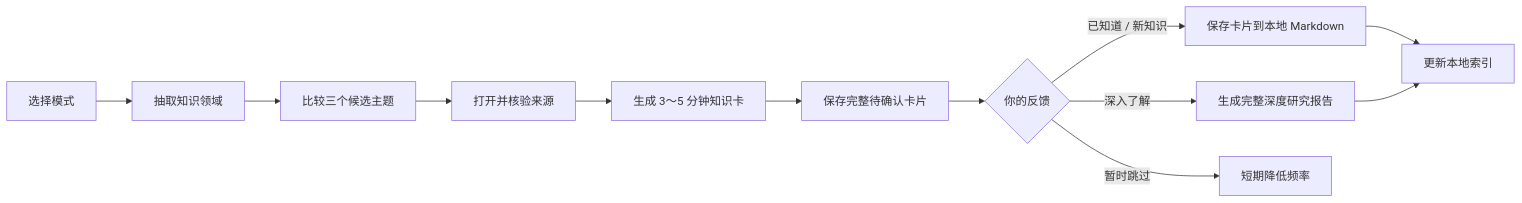
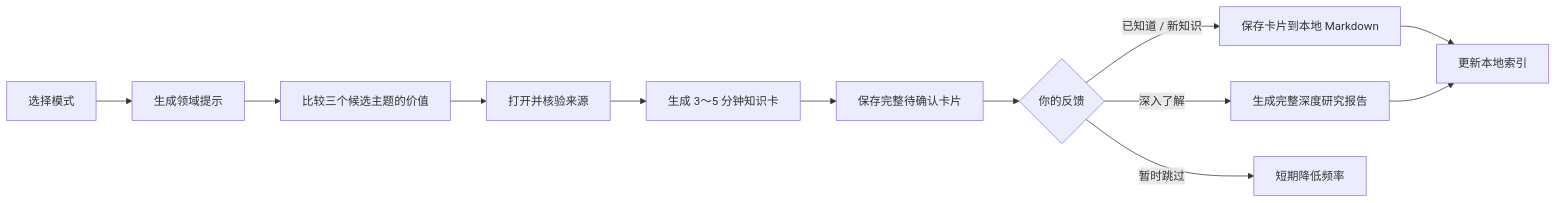
The diagram in README.md (xingxingzhou469-max/boundary-skill), drawn with Mermaid before and after one commit. The commit also changed other lines of this file and 6 other files, not shown here.

````diff
--- a/README.md
+++ b/README.md
@@ -74,14 +76,14 @@
 ```mermaid
 flowchart LR
-    A["选择模式"] --> B["抽取知识领域"]
-    B --> C["比较三个候选主题"]
+    A["选择模式"] --> B["生成领域提示"]
+    B --> C["比较三个候选主题的价值"]
     C --> D["打开并核验来源"]
     D --> E["生成 3～5 分钟知识卡"]
     E --> P["保存完整待确认卡片"]
     P --> F{"你的反馈"}
     F -->|"已知道 / 新知识"| G["保存卡片到本地 Markdown"]
     F -->|"深入了解"| H["生成完整深度研究报告"]
     F -->|"暂时跳过"| I["短期降低频率"]
     G --> J["更新本地索引"]
     H --> J
 ```
````
